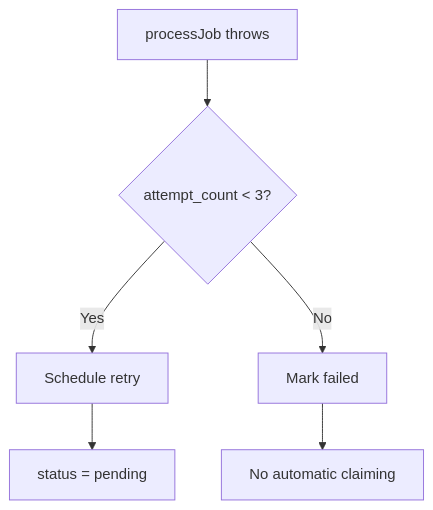
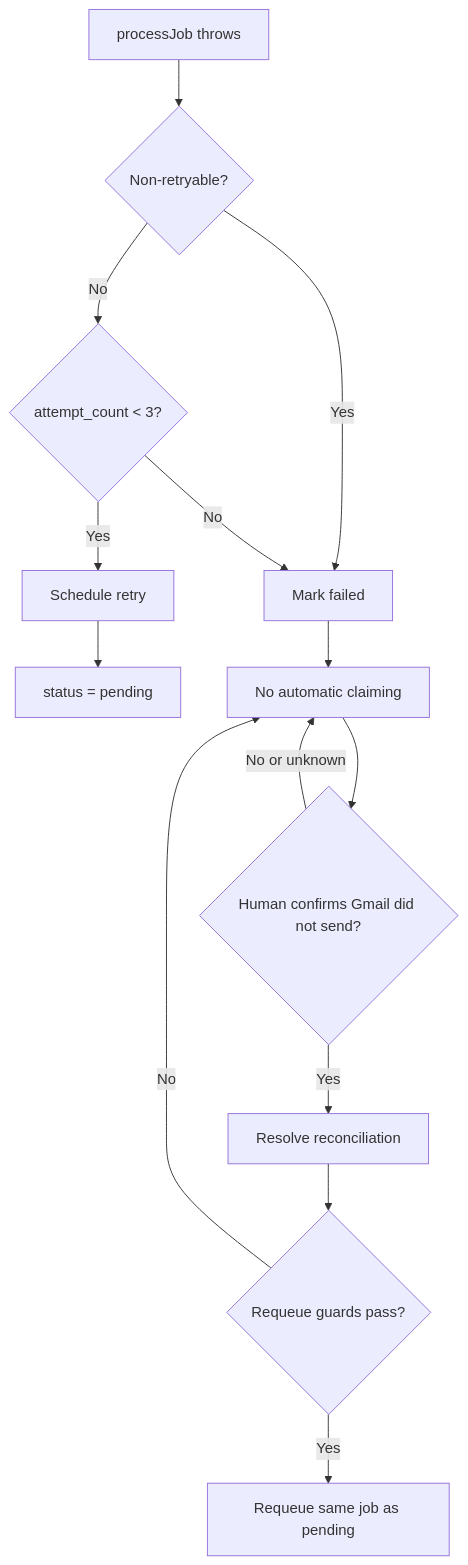
Before and after one commit to putman44/Relay: the sixth of 9 diagrams in docs/Relay_Testing_and_Worker_Guide.md, drawn with Mermaid. The commit also changed other lines of this file and 8 other files, not shown here.

Commit message:
feat: add safe outreach reconciliation and requeue

````diff
--- a/docs/Relay_Testing_and_Worker_Guide.md
+++ b/docs/Relay_Testing_and_Worker_Guide.md
@@ -198,8 +242,16 @@
 ```mermaid
 flowchart TD
-    A[processJob throws] --> B{attempt_count < 3?}
+    A[processJob throws] --> NR{Non-retryable?}
+    NR -->|Yes| F[Mark failed]
+    NR -->|No| B{attempt_count < 3?}
     B -->|Yes| R[Schedule retry]
     R --> P[status = pending]
-    B -->|No| F[Mark failed]
+    B -->|No| F
     F --> X[No automatic claiming]
+    X --> H{Human confirms Gmail did not send?}
+    H -->|No or unknown| X
+    H -->|Yes| RC[Resolve reconciliation]
+    RC --> G{Requeue guards pass?}
+    G -->|No| X
+    G -->|Yes| Q[Requeue same job as pending]
 ```
````
